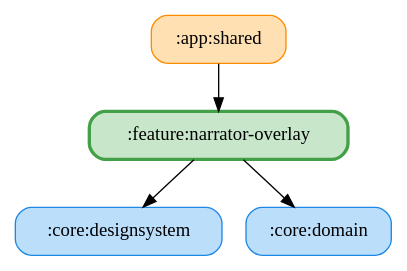
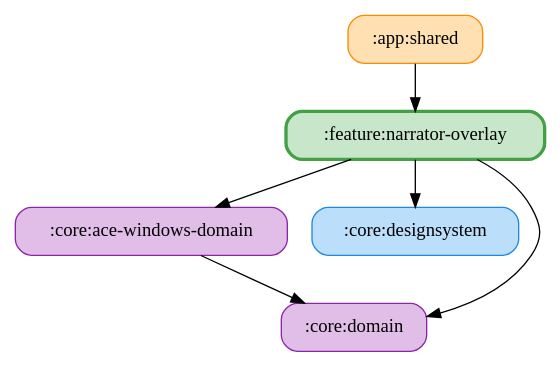
One commit to ai-kurou/KoDriver changed the diagram in docs/graphs/feature-narrator-overlay.gv. Above: the diagram before and after it, drawn with Graphviz. The commit also changed 898 other files, not shown here.

Commit message:
:core:domain をシミュレーター別のドメインモジュールに分割する(LMU・ACE・GT7) (#2411)

```diff
--- a/docs/graphs/feature-narrator-overlay.gv
+++ b/docs/graphs/feature-narrator-overlay.gv
@@ -1,11 +1,14 @@
 digraph G {
   rankdir=TB
   node [shape=box, style="rounded,filled"]
   ":app:shared" [fillcolor="#FFE0B2", color="#FB8C00", penwidth=1]
+  ":core:ace-windows-domain" [fillcolor="#E1BEE7", color="#8E24AA", penwidth=1]
   ":core:designsystem" [fillcolor="#BBDEFB", color="#1E88E5", penwidth=1]
-  ":core:domain" [fillcolor="#BBDEFB", color="#1E88E5", penwidth=1]
+  ":core:domain" [fillcolor="#E1BEE7", color="#8E24AA", penwidth=1]
   ":feature:narrator-overlay" [fillcolor="#C8E6C9", color="#43A047", penwidth=2.5]
   ":app:shared" -> ":feature:narrator-overlay"
+  ":core:ace-windows-domain" -> ":core:domain"
   ":feature:narrator-overlay" -> ":core:domain"
   ":feature:narrator-overlay" -> ":core:designsystem"
+  ":feature:narrator-overlay" -> ":core:ace-windows-domain"
 }
```
